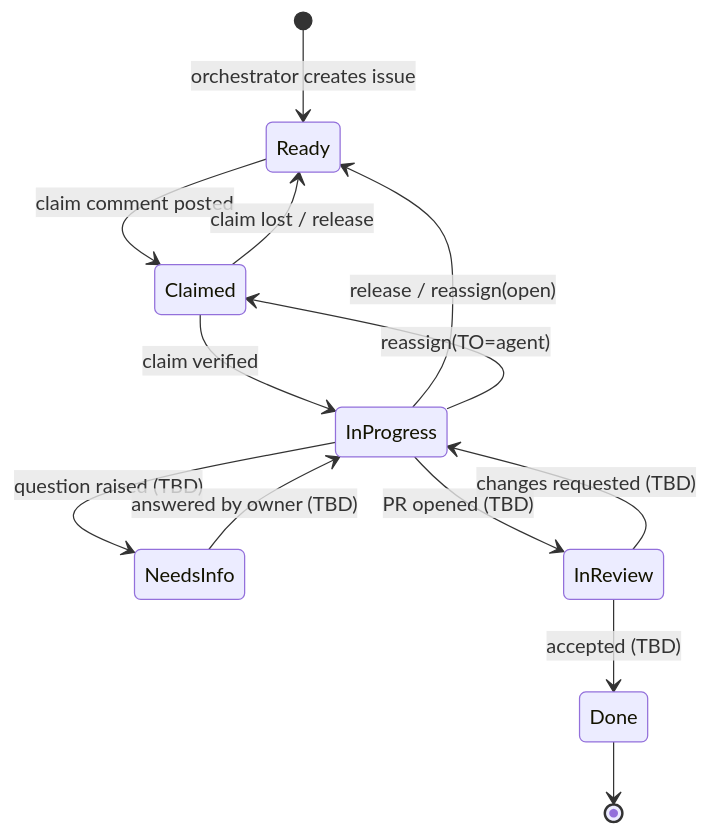
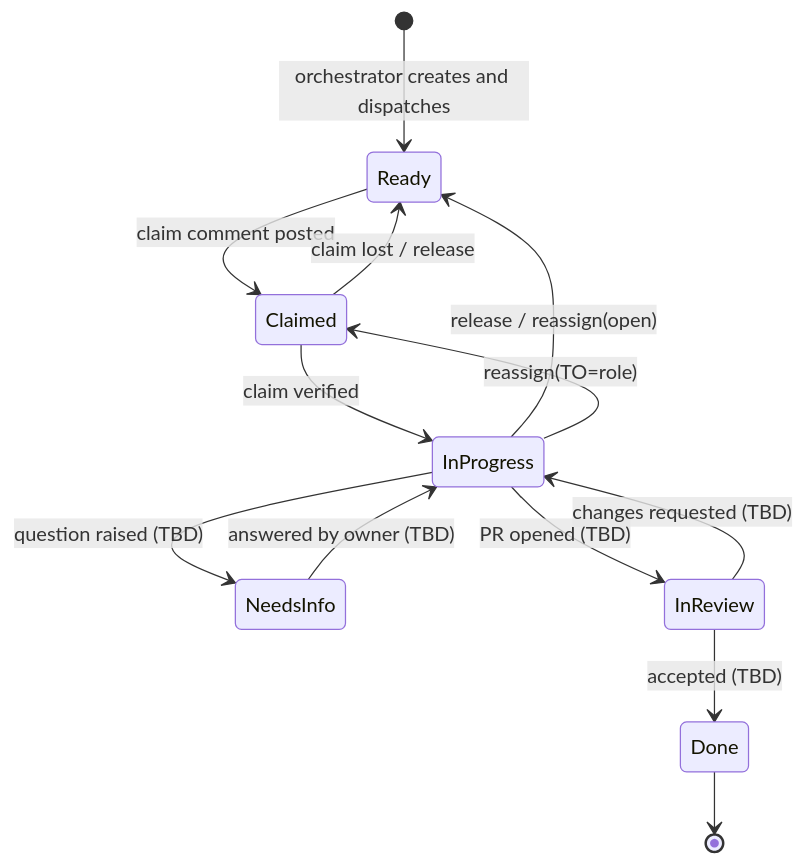
Before and after one commit to stenhoor/smaltworks: the third of 3 diagrams in docs/architecture/handoff-overview.md, drawn with Mermaid. The commit also changed other lines of this file, not shown here.

First line of the commit message:
Revise handoff architecture (r2): orchestrator dispatch, tamper detection

````diff
--- a/docs/architecture/handoff-overview.md
+++ b/docs/architecture/handoff-overview.md
@@ -130,15 +152,15 @@
 ```mermaid
 stateDiagram-v2
-    [*] --> Ready: orchestrator creates issue
+    [*] --> Ready: orchestrator creates and dispatches
     Ready --> Claimed: claim comment posted
     Claimed --> Ready: claim lost / release
     Claimed --> InProgress: claim verified
     InProgress --> Ready: release / reassign(open)
-    InProgress --> Claimed: reassign(TO=agent)
+    InProgress --> Claimed: reassign(TO=role)
     InProgress --> NeedsInfo: question raised (TBD)
     NeedsInfo --> InProgress: answered by owner (TBD)
     InProgress --> InReview: PR opened (TBD)
     InReview --> Done: accepted (TBD)
     InReview --> InProgress: changes requested (TBD)
     Done --> [*]
 ```
````
